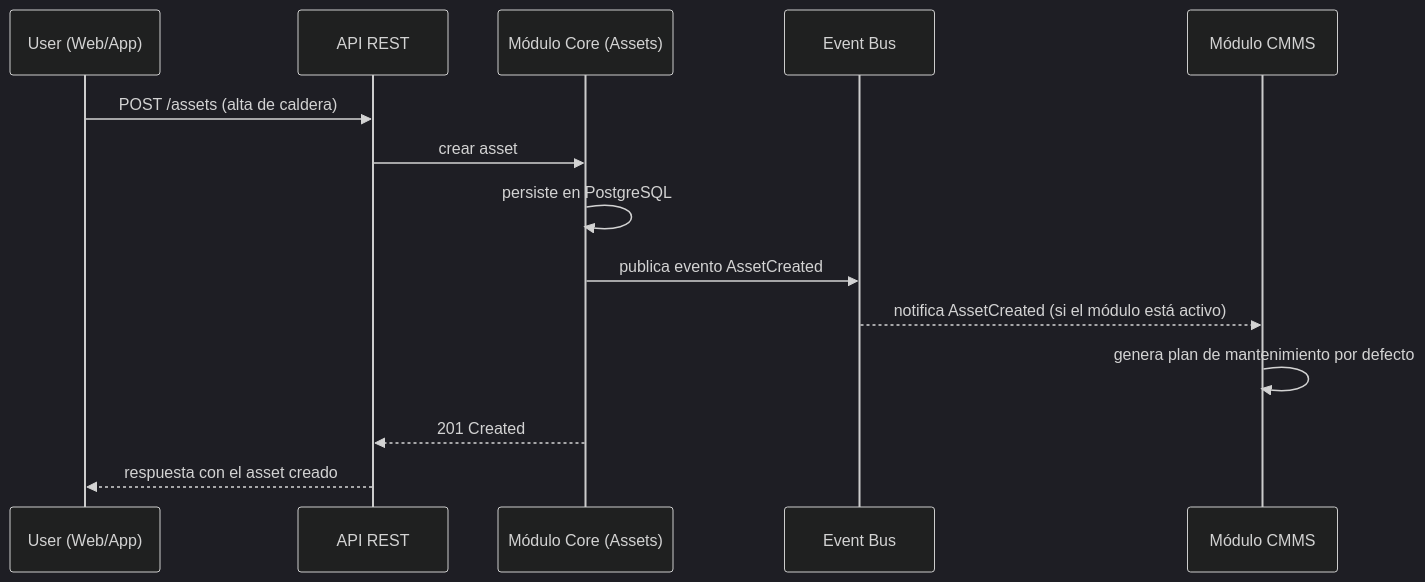
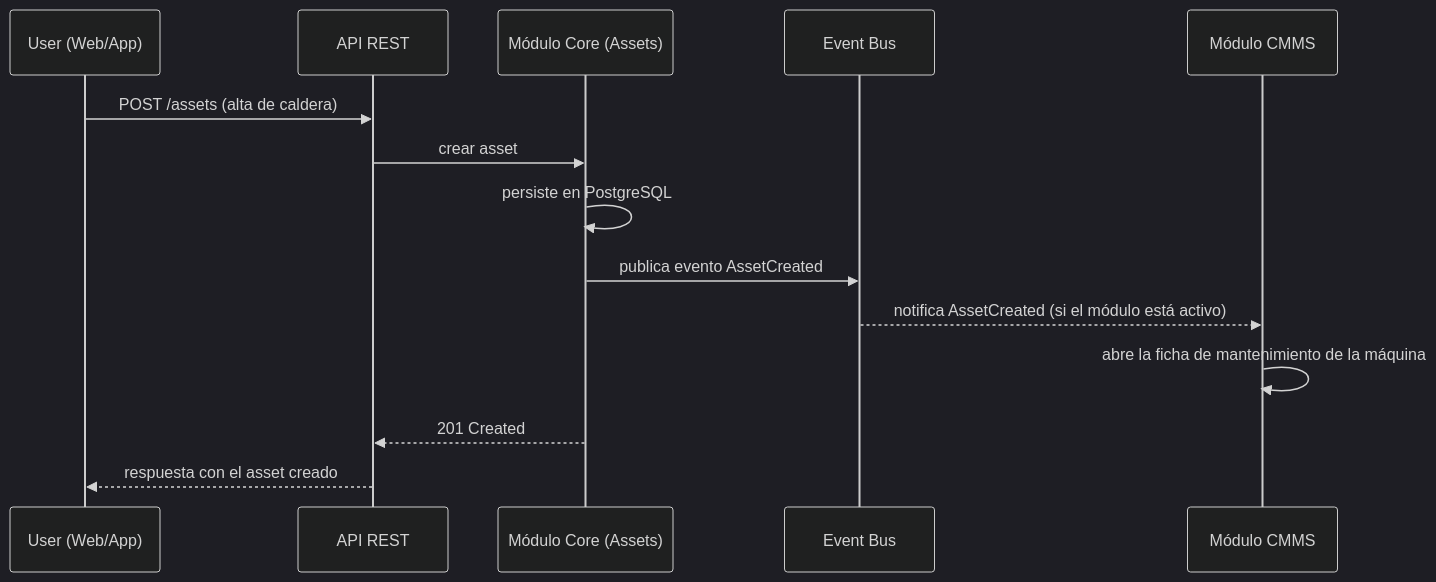
One commit to kikescribano/domestic_resource_planning changed the second of 4 diagrams in README.md. Above: the diagram before and after it, drawn with Mermaid (dark theme). The commit also changed other lines of this file and 6 other files, not shown here.

````diff
--- a/README.md
+++ b/README.md
@@ -186,17 +186,17 @@
 ```mermaid
 sequenceDiagram
     participant U as User (Web/App)
     participant API as API REST
     participant Core as Módulo Core (Assets)
     participant EB as Event Bus
     participant CMMS as Módulo CMMS
 
     U->>API: POST /assets (alta de caldera)
     API->>Core: crear asset
     Core->>Core: persiste en PostgreSQL
     Core->>EB: publica evento AssetCreated
     EB-->>CMMS: notifica AssetCreated (si el módulo está activo)
-    CMMS->>CMMS: genera plan de mantenimiento por defecto
+    CMMS->>CMMS: abre la ficha de mantenimiento de la máquina
     Core-->>API: 201 Created
     API-->>U: respuesta con el asset creado
 ```
````
